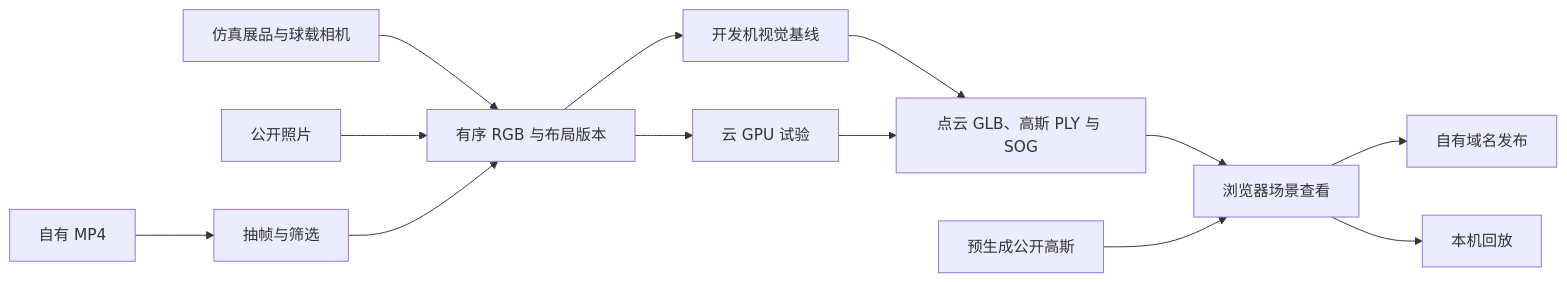
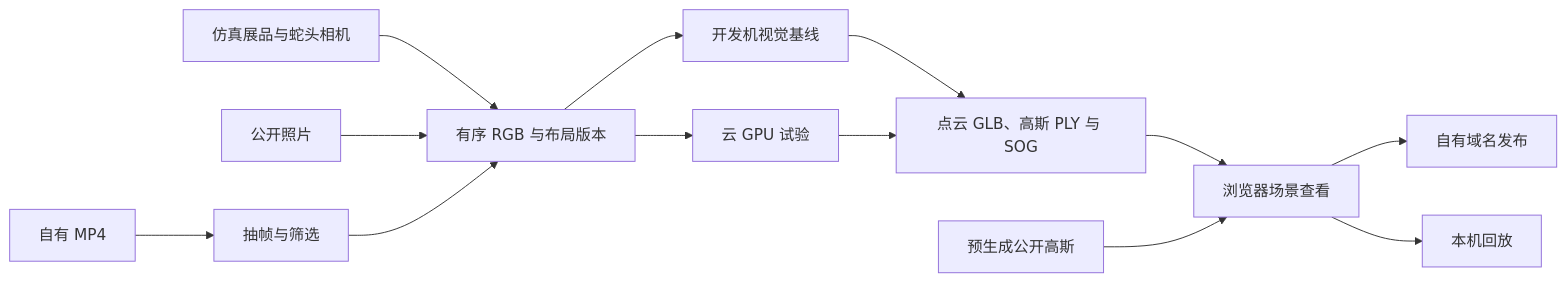
Before and after one commit to Azure-d-source/spherical-robot-spatial-vision: the diagram in docs/design/platform-architecture.md, drawn with Mermaid. The commit also changed other lines of this file and 20 other files, not shown here.

```diff
--- a/docs/design/platform-architecture.md
+++ b/docs/design/platform-architecture.md
@@ -9,14 +9,14 @@
 ~~~mermaid
 flowchart LR
-    S["仿真展品与球载相机"] --> B["有序 RGB 与布局版本"]
+    S["仿真展品与蛇头相机"] --> B["有序 RGB 与布局版本"]
     P["公开照片"] --> B
     M["自有 MP4"] --> F["抽帧与筛选"] --> B
     B --> L["开发机视觉基线"]
     B --> C["云 GPU 试验"]
     L --> O["点云 GLB、高斯 PLY 与 SOG"]
     C --> O
     O --> W["浏览器场景查看"]
     A["预生成公开高斯"] --> W
     W --> D["自有域名发布"]
     W --> Z["本机回放"]
 ~~~
```
